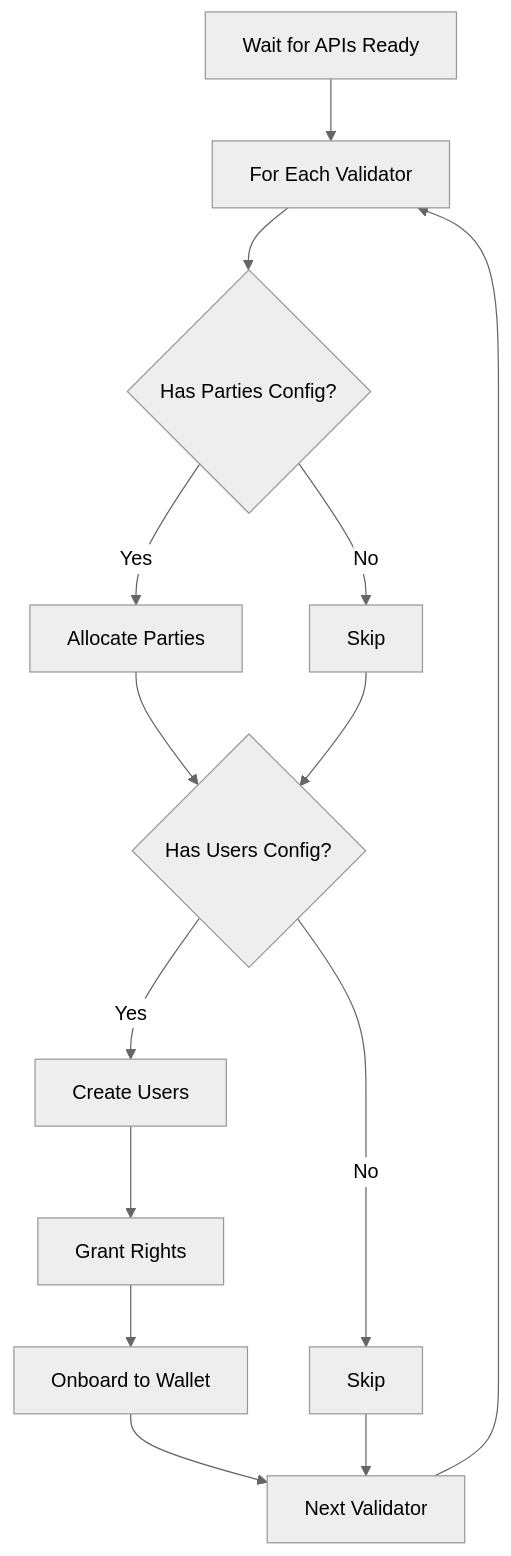
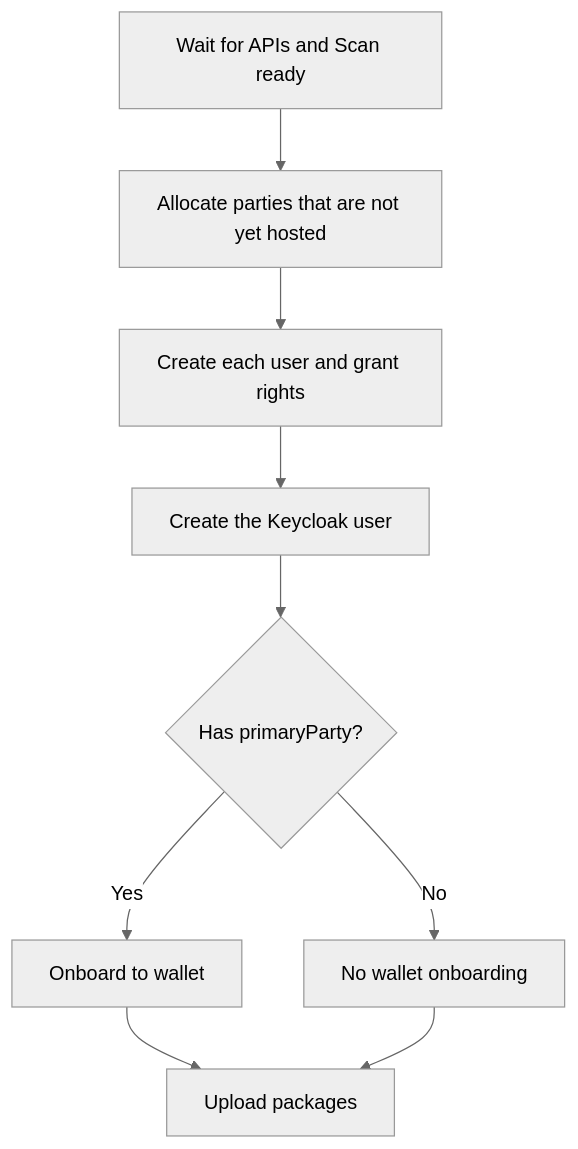
Before and after one commit to denex-io/denex-network-manager: the sixth of 7 diagrams in site/src/content/docs/how-it-works/architecture.md, drawn with Mermaid (neutral theme). The commit also changed other lines of this file and 34 other files, not shown here.

````diff
--- a/site/src/content/docs/how-it-works/architecture.md
+++ b/site/src/content/docs/how-it-works/architecture.md
@@ -544,16 +595,11 @@
 ```mermaid
 flowchart TD
-    A[Wait for APIs Ready] --> B[For Each Validator]
-    B --> C{Has Parties Config?}
-    C -->|Yes| D[Allocate Parties]
-    C -->|No| E[Skip]
-    D --> F{Has Users Config?}
-    E --> F
-    F -->|Yes| G[Create Users]
-    F -->|No| H[Skip]
-    G --> I[Grant Rights]
-    I --> J[Onboard to Wallet]
-    J --> K[Next Validator]
-    H --> K
-    K --> B
+    A[Wait for APIs and Scan ready] --> B[Allocate parties that are not yet hosted]
+    B --> C[Create each user and grant rights]
+    C --> D[Create the Keycloak user]
+    D --> E{Has primaryParty?}
+    E -->|Yes| F[Onboard to wallet]
+    E -->|No| G[No wallet onboarding]
+    F --> H[Upload packages]
+    G --> H
 ```
````
